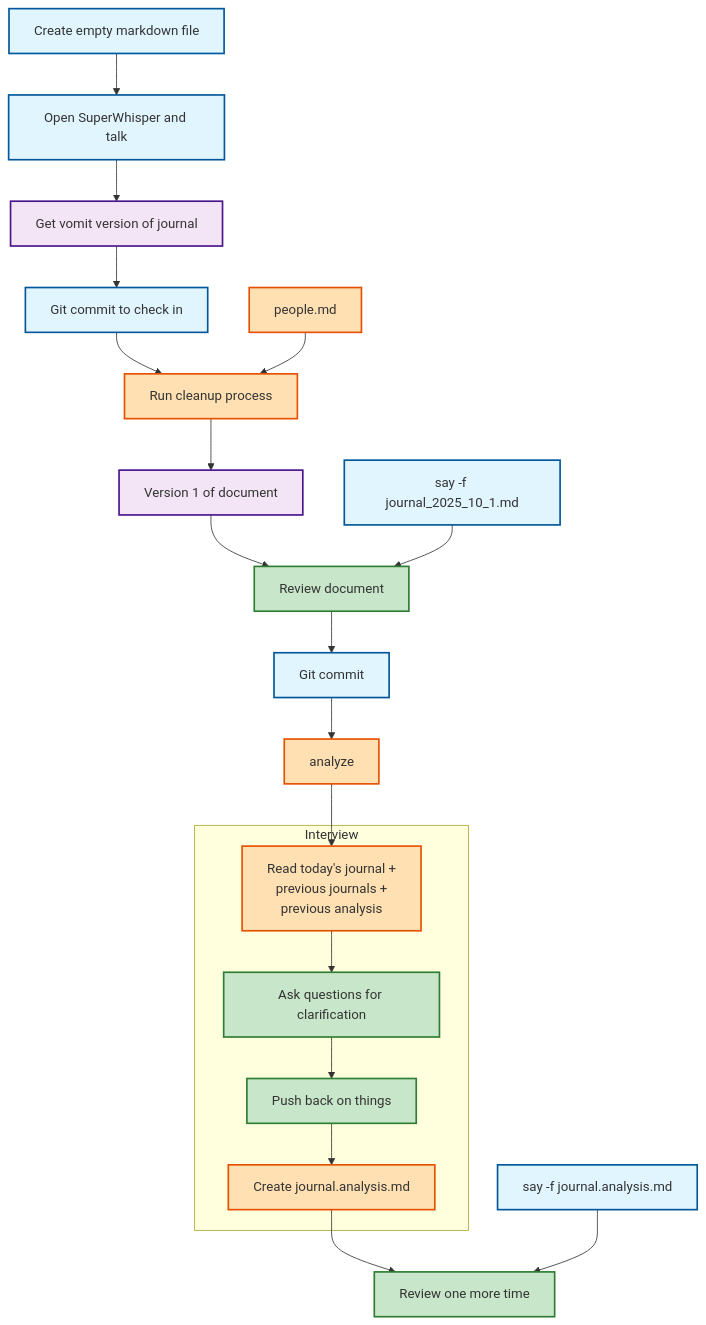
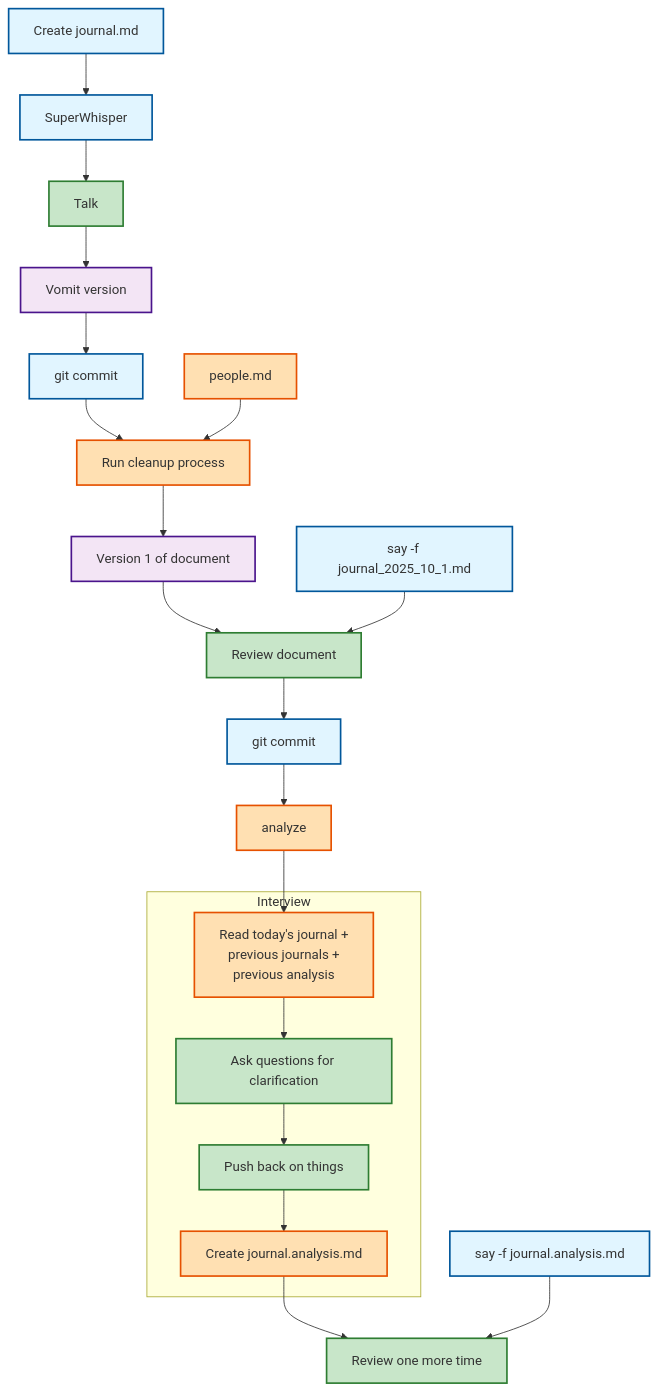
Before and after one commit to isidore/AIJournaling: the second of 2 diagrams in Flowchart_Journaling/journaling_process.md, drawn with Mermaid.

Commit message:
step 10. cleanup

````diff
--- a/Flowchart_Journaling/journaling_process.md
+++ b/Flowchart_Journaling/journaling_process.md
@@ -18,47 +18,49 @@
 ```mermaid
 graph TD
-    Start[Create empty markdown file]:::tools
-    Whisper[Open SuperWhisper and talk]:::tools
-    Vomit[Get vomit version of journal]:::output
-    Commit[Git commit to check in]:::tools
+    Start[Create journal.md]:::tools
+    Whisper[SuperWhisper]:::tools
+    Talk[Talk]:::manual
+    Vomit[Vomit version]:::output
+    Commit[git commit]:::tools
     Cleanup[Run cleanup process]:::processing
     People[people.md]:::processing
     V1[Version 1 of document]:::output
     Say[say -f journal_2025_10_1.md]:::tools
     Review[Review document]:::manual
-    Commit2[Git commit]:::tools
+    Commit2[git commit]:::tools
     Analyze[analyze]:::processing
     
     subgraph Interview
         Read[Read today's journal +<br/>previous journals +<br/>previous analysis]:::processing
         Ask[Ask questions for clarification]:::manual
         PushBack[Push back on things]:::manual
         CreateAnalysis[Create journal.analysis.md]:::processing
         
         Read --> Ask
         Ask --> PushBack
         PushBack --> CreateAnalysis
     end
     
     SayAnalysis[say -f journal.analysis.md]:::tools
     ReviewAnalysis[Review one more time]:::manual
     
     Start --> Whisper
-    Whisper --> Vomit
+    Whisper --> Talk
+    Talk --> Vomit
     Vomit --> Commit
     Commit --> Cleanup
     People --> Cleanup
     Cleanup --> V1
     V1 --> Review
     Say --> Review
     Review --> Commit2
     Commit2 --> Analyze
     Analyze --> Read
     CreateAnalysis --> ReviewAnalysis
     SayAnalysis --> ReviewAnalysis
     
     classDef tools fill:#e1f5ff,stroke:#01579b,stroke-width:2px
     classDef output fill:#f3e5f5,stroke:#4a148c,stroke-width:2px
     classDef processing fill:#ffe0b2,stroke:#e65100,stroke-width:2px
     classDef manual fill:#c8e6c9,stroke:#2e7d32,stroke-width:2px
 ```
````
